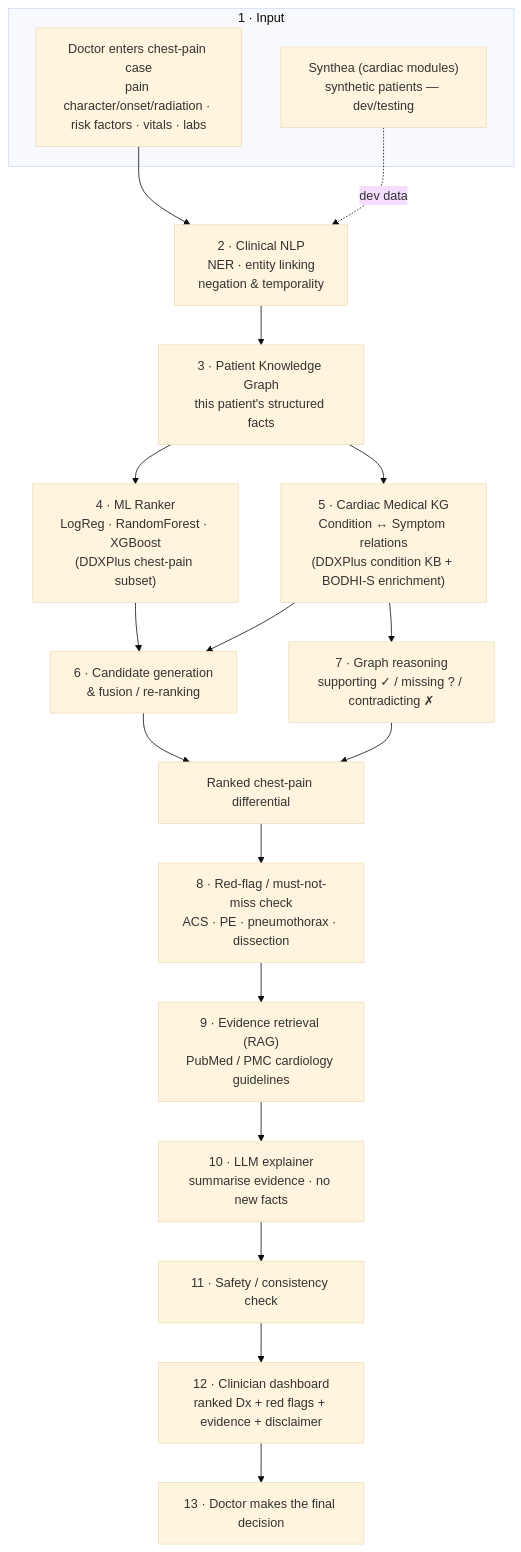
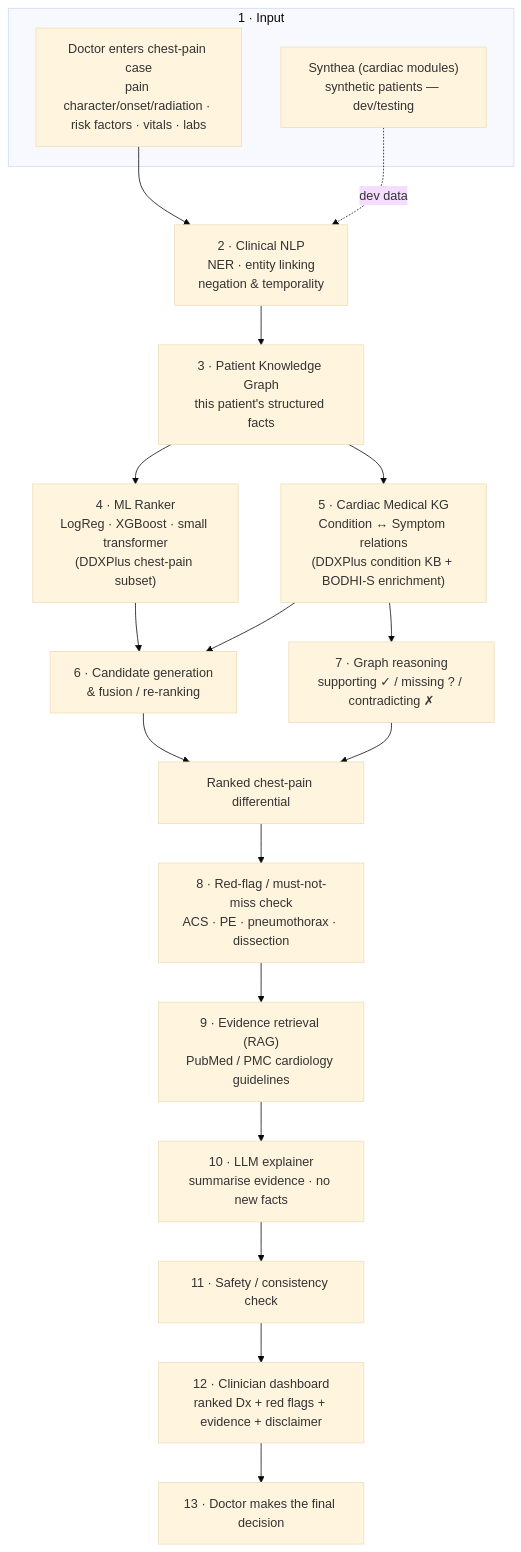
The first of 4 diagrams in README.md (HarshRohila02/nightingale), drawn with Mermaid (base theme) before and after one commit. The commit also changed other lines of this file and 3 other files, not shown here.

First line of the commit message:
docs: stale passages corrected by strike-through: random forest, MLflow/DVC, five ablations (T4)

````diff
--- a/README.md
+++ b/README.md
@@ -113,29 +113,29 @@
 ```mermaid
 flowchart TD
     subgraph INPUT["1 · Input"]
         A["Doctor enters chest-pain case<br/>pain character/onset/radiation · risk factors · vitals · labs"]
         SYN["Synthea (cardiac modules)<br/>synthetic patients — dev/testing"]
     end
 
     A --> NLP["2 · Clinical NLP<br/>NER · entity linking<br/>negation & temporality"]
     SYN -.dev data.-> NLP
 
     NLP --> PKG["3 · Patient Knowledge Graph<br/>this patient's structured facts"]
 
-    PKG --> ML["4 · ML Ranker<br/>LogReg · RandomForest · XGBoost<br/>(DDXPlus chest-pain subset)"]
+    PKG --> ML["4 · ML Ranker<br/>LogReg · XGBoost · small transformer<br/>(DDXPlus chest-pain subset)"]
     PKG --> MKG["5 · Cardiac Medical KG<br/>Condition ↔ Symptom relations<br/>(DDXPlus condition KB + BODHI-S enrichment)"]
 
     ML --> FUSE["6 · Candidate generation<br/>& fusion / re-ranking"]
     MKG --> FUSE
     MKG --> REASON["7 · Graph reasoning<br/>supporting ✓ / missing ? / contradicting ✗"]
 
     FUSE --> CAND["Ranked chest-pain differential"]
     REASON --> CAND
 
     CAND --> REDFLAG["8 · Red-flag / must-not-miss check<br/>ACS · PE · pneumothorax · dissection"]
     REDFLAG --> RAG["9 · Evidence retrieval (RAG)<br/>PubMed / PMC cardiology guidelines"]
     RAG --> LLM["10 · LLM explainer<br/>summarise evidence · no new facts"]
     LLM --> SAFE["11 · Safety / consistency check"]
     SAFE --> DASH["12 · Clinician dashboard<br/>ranked Dx + red flags + evidence + disclaimer"]
     DASH --> DOC["13 · Doctor makes the final decision"]
 ```
````
